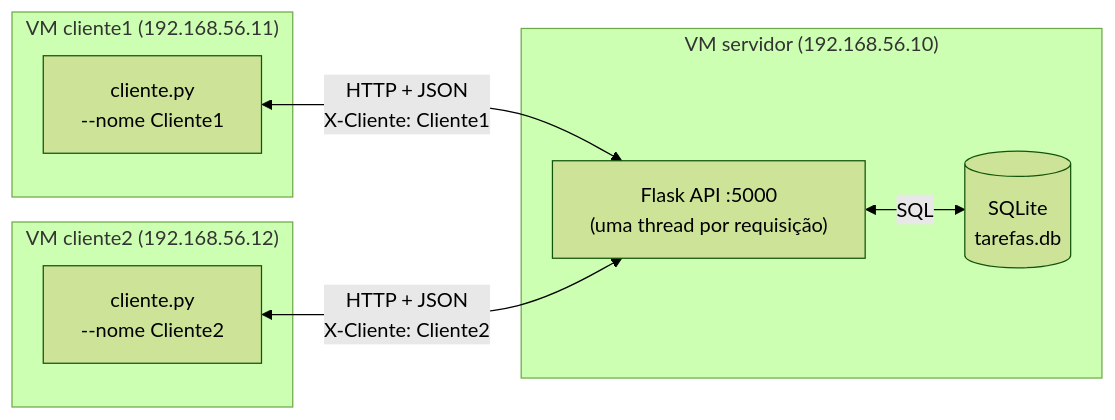
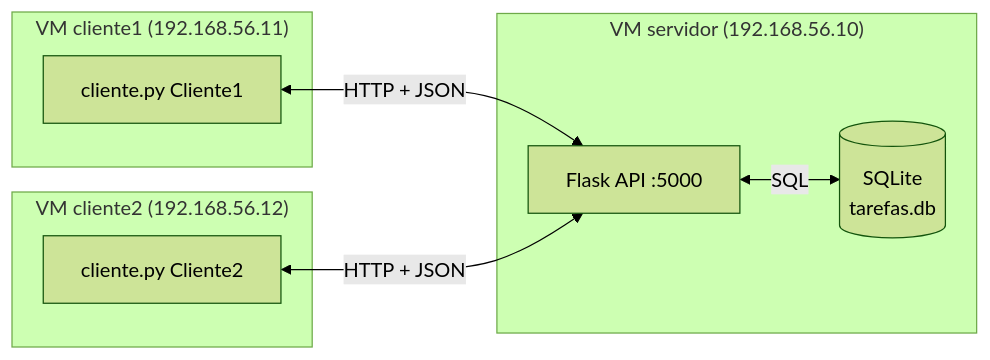
Before and after one commit to Kaducpx/tarefas-distribuidas: the first of 2 diagrams in docs/arquitetura.md, drawn with Mermaid (forest theme). The commit also changed other lines of this file and 7 other files, not shown here.

````diff
--- a/docs/arquitetura.md
+++ b/docs/arquitetura.md
@@ -5,16 +5,16 @@
 ```mermaid
 flowchart LR
     subgraph VM2["VM cliente1 (192.168.56.11)"]
-        C1["cliente.py<br/>--nome Cliente1"]
+        C1["cliente.py Cliente1"]
     end
     subgraph VM3["VM cliente2 (192.168.56.12)"]
-        C2["cliente.py<br/>--nome Cliente2"]
+        C2["cliente.py Cliente2"]
     end
     subgraph VM1["VM servidor (192.168.56.10)"]
-        API["Flask API :5000<br/>(uma thread por requisição)"]
+        API["Flask API :5000"]
         DB[("SQLite<br/>tarefas.db")]
         API <-->|SQL| DB
     end
-    C1 <-->|"HTTP + JSON<br/>X-Cliente: Cliente1"| API
-    C2 <-->|"HTTP + JSON<br/>X-Cliente: Cliente2"| API
+    C1 <-->|"HTTP + JSON"| API
+    C2 <-->|"HTTP + JSON"| API
 ```
````
